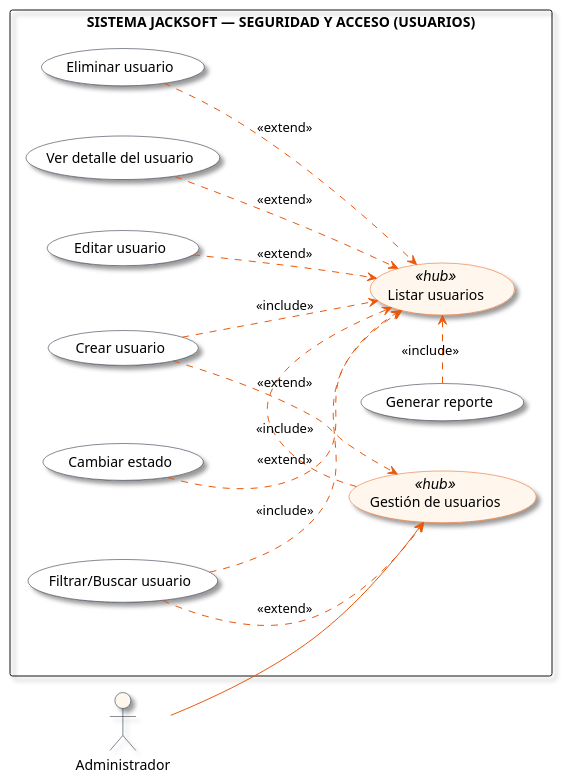
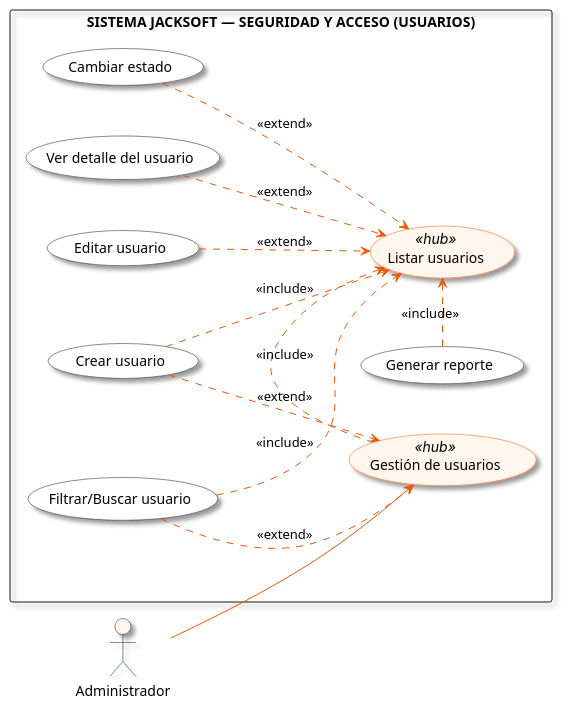
Before and after one commit to alejandrogomezmesa1/Documentacion_JackSoft: the third of 5 diagrams in casos_de_uso_v3/01_configuracion_y_seguridad.md, drawn with PlantUML. The commit also changed other lines of this file and 60 other files, not shown here.

````diff
--- a/casos_de_uso_v3/01_configuracion_y_seguridad.md
+++ b/casos_de_uso_v3/01_configuracion_y_seguridad.md
@@ -158,52 +154,50 @@
 ```plantuml
 @startuml
 left to right direction
 skinparam packageStyle rectangle
 skinparam nodesep 50
 skinparam ranksep 70
 skinparam shadowing true
 skinparam defaultFontName "Inter, Arial, sans-serif"
 
 skinparam actor {
   BorderColor #0f172a
   BackgroundColor #fff7ed
 }
 
 skinparam usecase {
   BackgroundColor #ffffff
   BorderColor #0f172a
   ArrowColor #ea580c
 }
 
 skinparam usecase<<hub>> {
   BackgroundColor #fff7ed
   BorderColor #ea580c
 }
 
 actor "Administrador" as actor_user
 
 rectangle "SISTEMA JACKSOFT — SEGURIDAD Y ACCESO (USUARIOS)" {
   usecase "Gestión de usuarios" as UC_Hub <<hub>>
   usecase "Listar usuarios" as UC_Central <<hub>>
   usecase "Crear usuario" as UC_Top1
   usecase "Generar reporte" as UC_Top2
   usecase "Filtrar/Buscar usuario" as UC_Bot1
   usecase "Ver detalle del usuario" as UC_R1
   usecase "Editar usuario" as UC_R2
   usecase "Cambiar estado" as UC_R3
-  usecase "Eliminar usuario" as UC_R4
 }
 
 actor_user --> UC_Hub
 UC_Hub .> UC_Central : <<include>>
 UC_Top1 ..> UC_Hub : <<extend>>
 UC_Top1 .> UC_Central : <<include>>
 UC_Top2 .> UC_Central : <<include>>
 UC_Bot1 ..> UC_Hub : <<extend>>
 UC_Bot1 .> UC_Central : <<include>>
 UC_R1 ..> UC_Central : <<extend>>
 UC_R2 ..> UC_Central : <<extend>>
 UC_R3 ..> UC_Central : <<extend>>
-UC_R4 ..> UC_Central : <<extend>>
 @enduml
 ```
````
